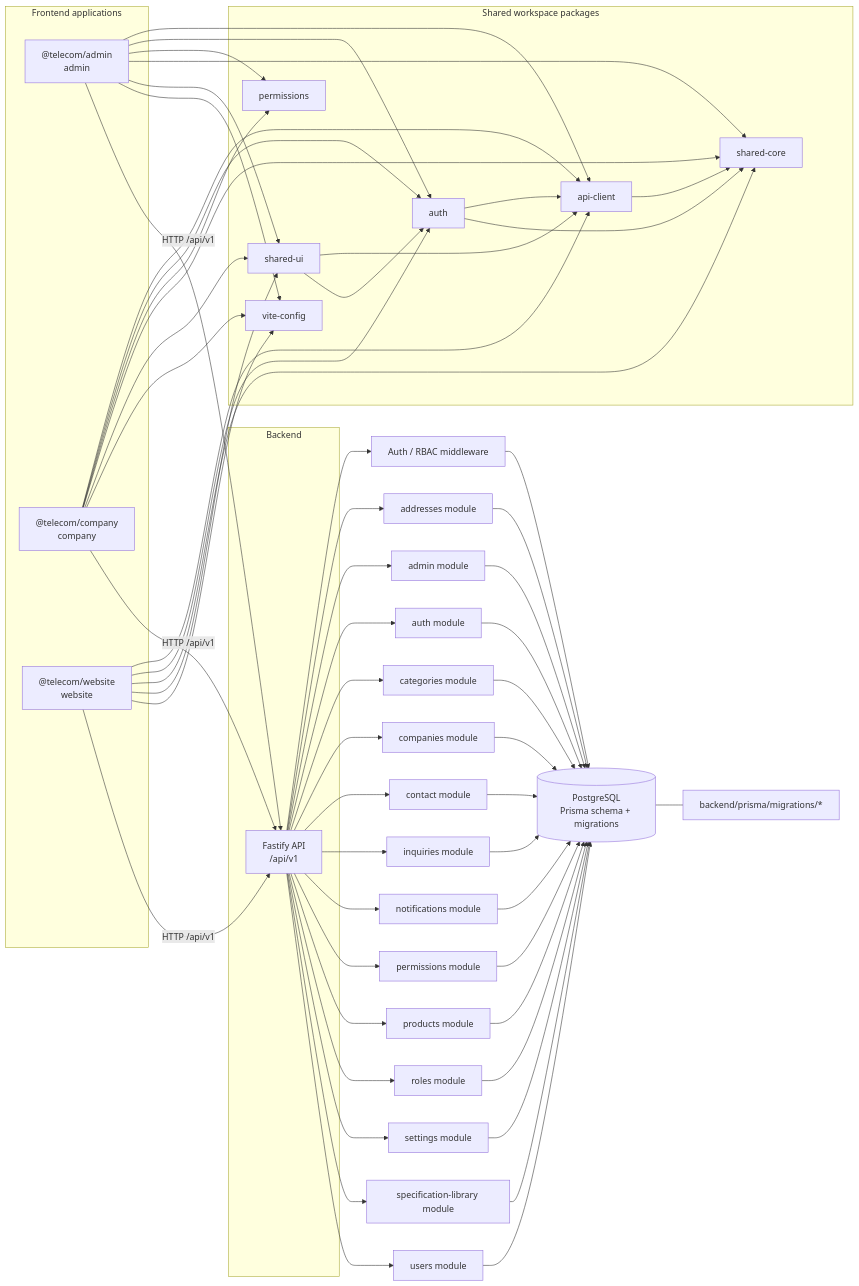
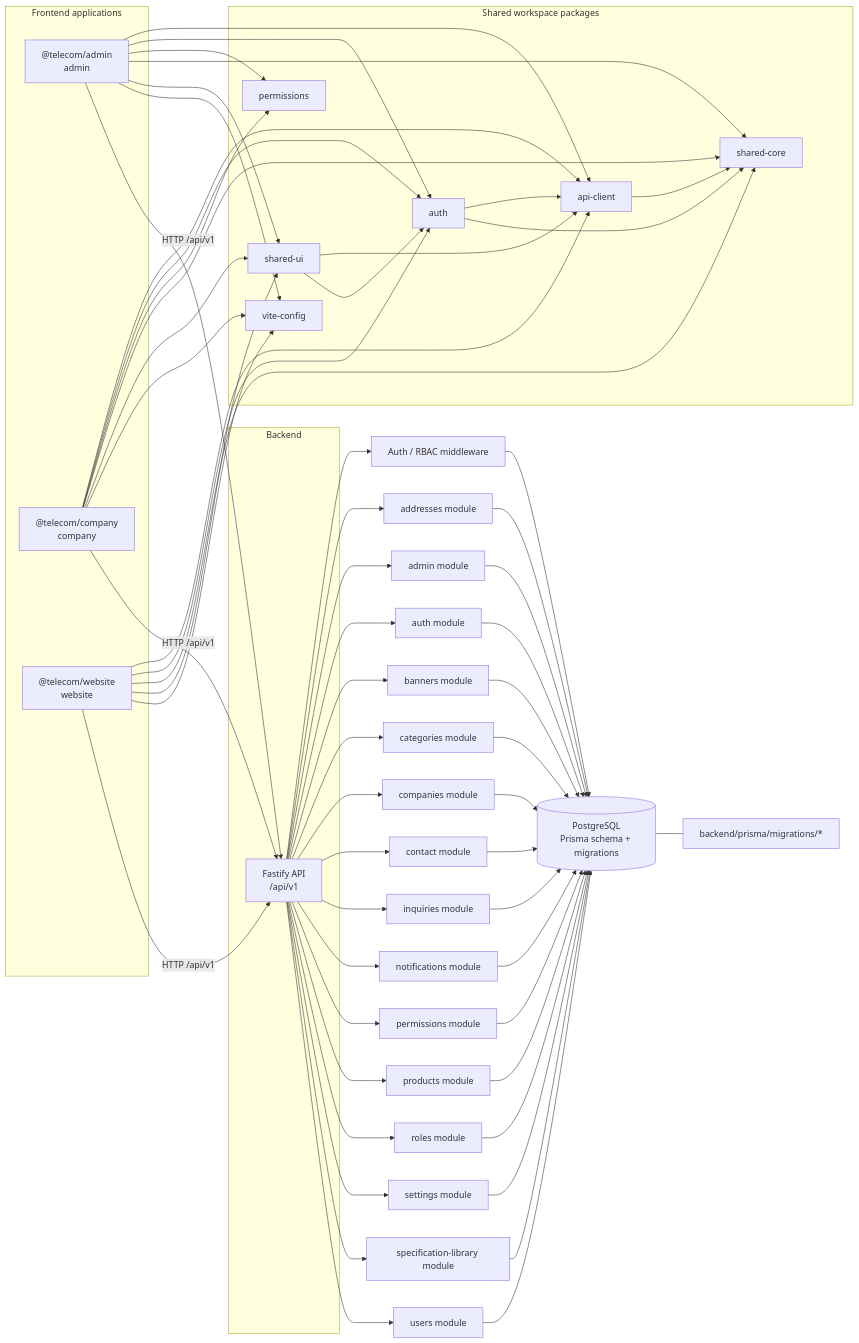
Before and after one commit to gameacc2025/martest: the diagram in docs/architecture/DEPENDENCY_GRAPH.generated.mmd, drawn with Mermaid.

Commit message:
fix(docs): regenerate stale architecture dependency graph

```diff
--- a/docs/architecture/DEPENDENCY_GRAPH.generated.mmd
+++ b/docs/architecture/DEPENDENCY_GRAPH.generated.mmd
@@ -1,76 +1,78 @@
 %% GENERATED FILE. Do not edit by hand.
 %% Run: node scripts/generate-architecture-graph.mjs --write
 flowchart LR
   subgraph apps["Frontend applications"]
     admin["@telecom/admin<br/>admin"]
     company["@telecom/company<br/>company"]
     website["@telecom/website<br/>website"]
   end
   subgraph shared["Shared workspace packages"]
     api_client["api-client"]
     auth["auth"]
     permissions["permissions"]
     shared_core["shared-core"]
     shared_ui["shared-ui"]
     vite_config["vite-config"]
   end
   subgraph backend["Backend"]
     api["Fastify API<br/>/api/v1"]
   end
   db[("PostgreSQL<br/>Prisma schema + migrations")]
   admin --> api_client
   admin --> auth
   admin --> permissions
   admin --> shared_core
   admin --> shared_ui
   admin --> vite_config
   company --> api_client
   company --> auth
   company --> permissions
   company --> shared_core
   company --> shared_ui
   company --> vite_config
   website --> api_client
   website --> auth
   website --> shared_core
   website --> shared_ui
   website --> vite_config
   api_client --> shared_core
   auth --> api_client
   auth --> shared_core
   shared_ui --> api_client
   shared_ui --> auth
   admin -->|HTTP /api/v1| api
   company -->|HTTP /api/v1| api
   website -->|HTTP /api/v1| api
   api --> rbac["Auth / RBAC middleware"]
   api --> mod_addresses["addresses module"]
   api --> mod_admin["admin module"]
   api --> mod_auth["auth module"]
+  api --> mod_banners["banners module"]
   api --> mod_categories["categories module"]
   api --> mod_companies["companies module"]
   api --> mod_contact["contact module"]
   api --> mod_inquiries["inquiries module"]
   api --> mod_notifications["notifications module"]
   api --> mod_permissions["permissions module"]
   api --> mod_products["products module"]
   api --> mod_roles["roles module"]
   api --> mod_settings["settings module"]
   api --> mod_specification_library["specification-library module"]
   api --> mod_users["users module"]
   rbac --> db
   mod_addresses --> db
   mod_admin --> db
   mod_auth --> db
+  mod_banners --> db
   mod_categories --> db
   mod_companies --> db
   mod_contact --> db
   mod_inquiries --> db
   mod_notifications --> db
   mod_permissions --> db
   mod_products --> db
   mod_roles --> db
   mod_settings --> db
   mod_specification_library --> db
   mod_users --> db
   db --- migrations["backend/prisma/migrations/*"]
```
